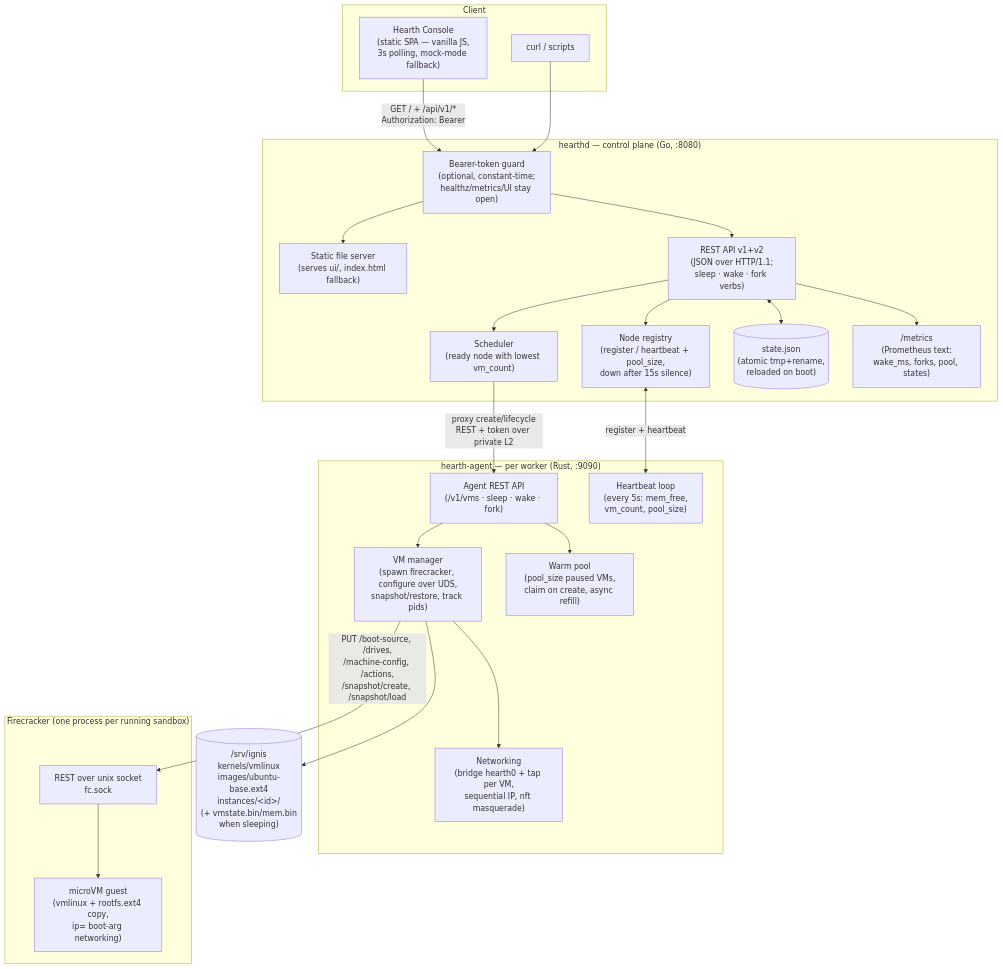
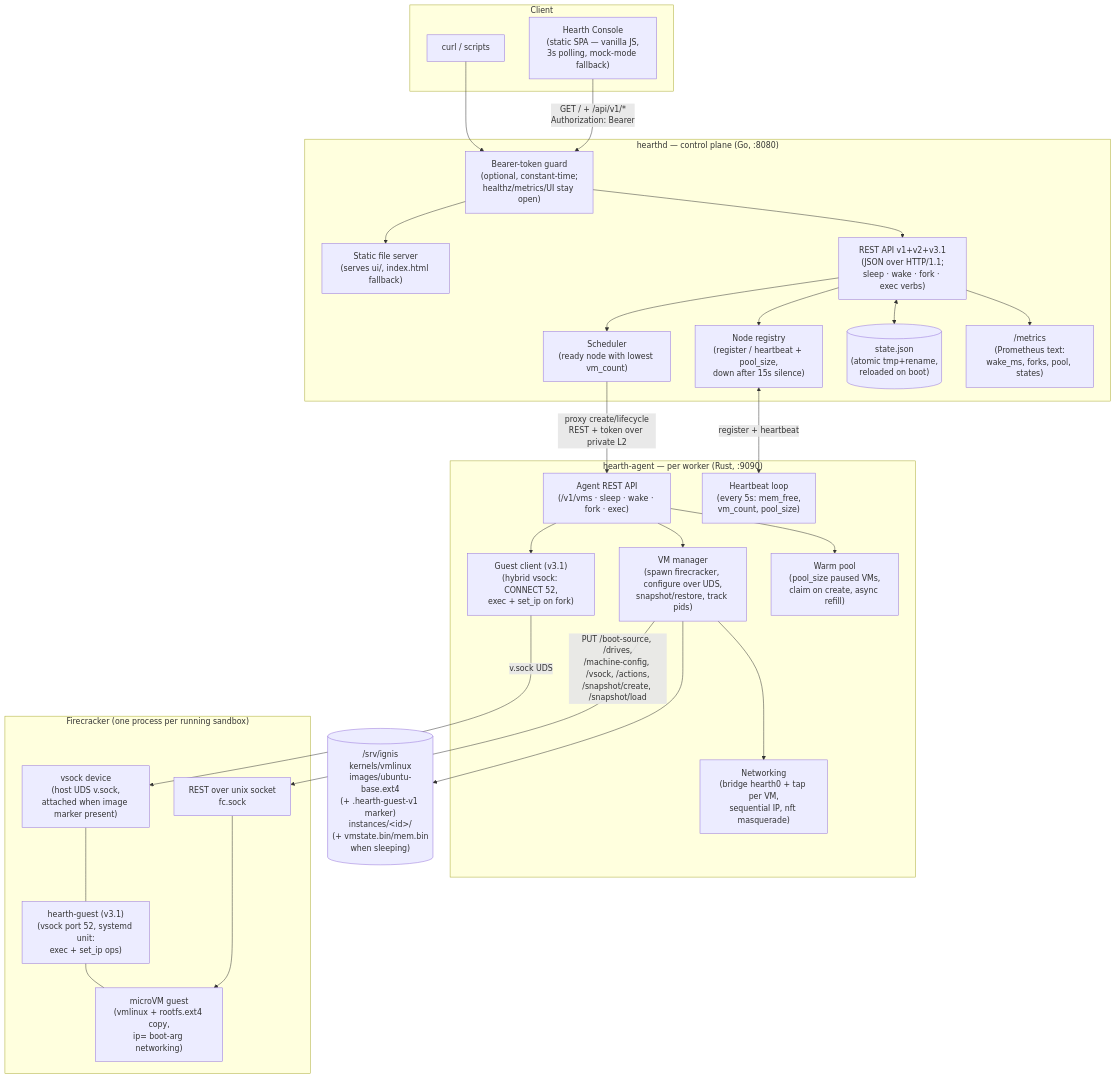
One commit to Sodoko-dev/felucca changed the first of 11 diagrams in docs/ARCHITECTURE.md. Above: the diagram before and after it, drawn with Mermaid. The commit also changed other lines of this file and 3 other files, not shown here.

First line of the commit message:
Docs: v3.1 architecture (vsock exec + fork re-IP) and full project history

````diff
--- a/docs/ARCHITECTURE.md
+++ b/docs/ARCHITECTURE.md
@@ -23,49 +27,56 @@
 ```mermaid
 flowchart TB
     subgraph client["Client"]
         UI["Hearth Console<br/>(static SPA — vanilla JS,<br/>3s polling, mock-mode fallback)"]
         CLI["curl / scripts"]
     end
 
     subgraph hearthd["hearthd — control plane (Go, :8080)"]
         AUTH["Bearer-token guard<br/>(optional, constant-time;<br/>healthz/metrics/UI stay open)"]
         STATIC["Static file server<br/>(serves ui/, index.html fallback)"]
-        API["REST API v1+v2<br/>(JSON over HTTP/1.1;<br/>sleep · wake · fork verbs)"]
+        API["REST API v1+v2+v3.1<br/>(JSON over HTTP/1.1;<br/>sleep · wake · fork · exec verbs)"]
         SCHED["Scheduler<br/>(ready node with lowest vm_count)"]
         REG["Node registry<br/>(register / heartbeat + pool_size,<br/>down after 15s silence)"]
         STATE[("state.json<br/>(atomic tmp+rename,<br/>reloaded on boot)")]
         METRICS["/metrics<br/>(Prometheus text:<br/>wake_ms, forks, pool, states)"]
     end
 
     subgraph agent["hearth-agent — per worker (Rust, :9090)"]
-        AAPI["Agent REST API<br/>(/v1/vms · sleep · wake · fork)"]
+        AAPI["Agent REST API<br/>(/v1/vms · sleep · wake · fork · exec)"]
         VMM["VM manager<br/>(spawn firecracker, configure over UDS,<br/>snapshot/restore, track pids)"]
+        GC["Guest client (v3.1)<br/>(hybrid vsock: CONNECT 52,<br/>exec + set_ip on fork)"]
         POOL["Warm pool<br/>(pool_size paused VMs,<br/>claim on create, async refill)"]
         NET["Networking<br/>(bridge hearth0 + tap per VM,<br/>sequential IP, nft masquerade)"]
         HB["Heartbeat loop<br/>(every 5s: mem_free,<br/>vm_count, pool_size)"]
     end
 
     subgraph fc["Firecracker (one process per running sandbox)"]
         FCAPI["REST over unix socket<br/>fc.sock"]
+        VSOCK["vsock device<br/>(host UDS v.sock,<br/>attached when image marker present)"]
         UVM["microVM guest<br/>(vmlinux + rootfs.ext4 copy,<br/>ip= boot-arg networking)"]
+        HG["hearth-guest (v3.1)<br/>(vsock port 52, systemd unit:<br/>exec + set_ip ops)"]
     end
 
-    ASSETS[("/srv/ignis<br/>kernels/vmlinux<br/>images/ubuntu-base.ext4<br/>instances/&lt;id&gt;/<br/>(+ vmstate.bin/mem.bin<br/>when sleeping)")]
+    ASSETS[("/srv/ignis<br/>kernels/vmlinux<br/>images/ubuntu-base.ext4<br/>(+ .hearth-guest-v1 marker)<br/>instances/&lt;id&gt;/<br/>(+ vmstate.bin/mem.bin<br/>when sleeping)")]
 
     UI -->|"GET /  +  /api/v1/*<br/>Authorization: Bearer"| AUTH
     CLI --> AUTH
     AUTH --> STATIC
     AUTH --> API
     API --> SCHED
     API --> REG
     API --> METRICS
     SCHED -->|"proxy create/lifecycle<br/>REST + token over private L2"| AAPI
     REG <--> |"register + heartbeat"| HB
     API <--> STATE
     AAPI --> VMM
     AAPI --> POOL
+    AAPI --> GC
     VMM --> NET
-    VMM -->|"PUT /boot-source, /drives,<br/>/machine-config, /actions,<br/>/snapshot/create, /snapshot/load"| FCAPI
+    VMM -->|"PUT /boot-source, /drives,<br/>/machine-config, /vsock, /actions,<br/>/snapshot/create, /snapshot/load"| FCAPI
     FCAPI --> UVM
+    GC -->|"v.sock UDS"| VSOCK
+    VSOCK --- HG
+    HG --- UVM
     VMM --> ASSETS
 ```
````
